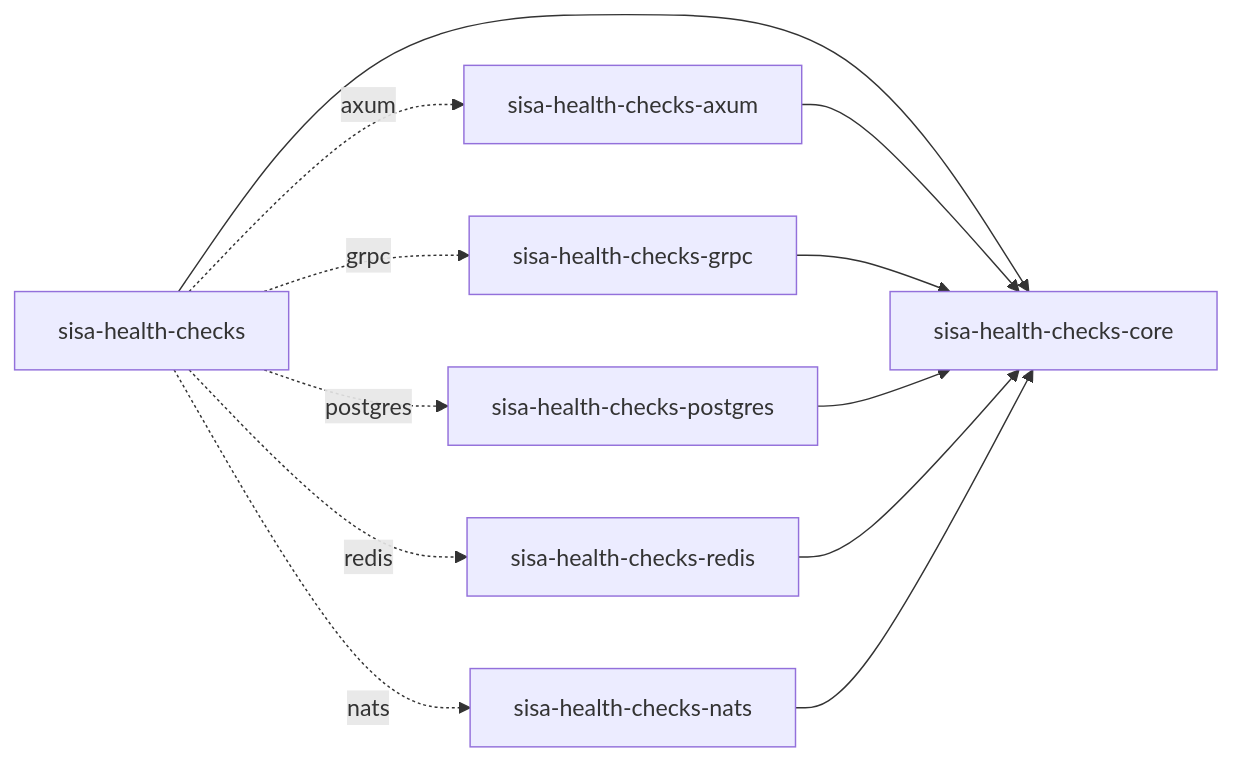
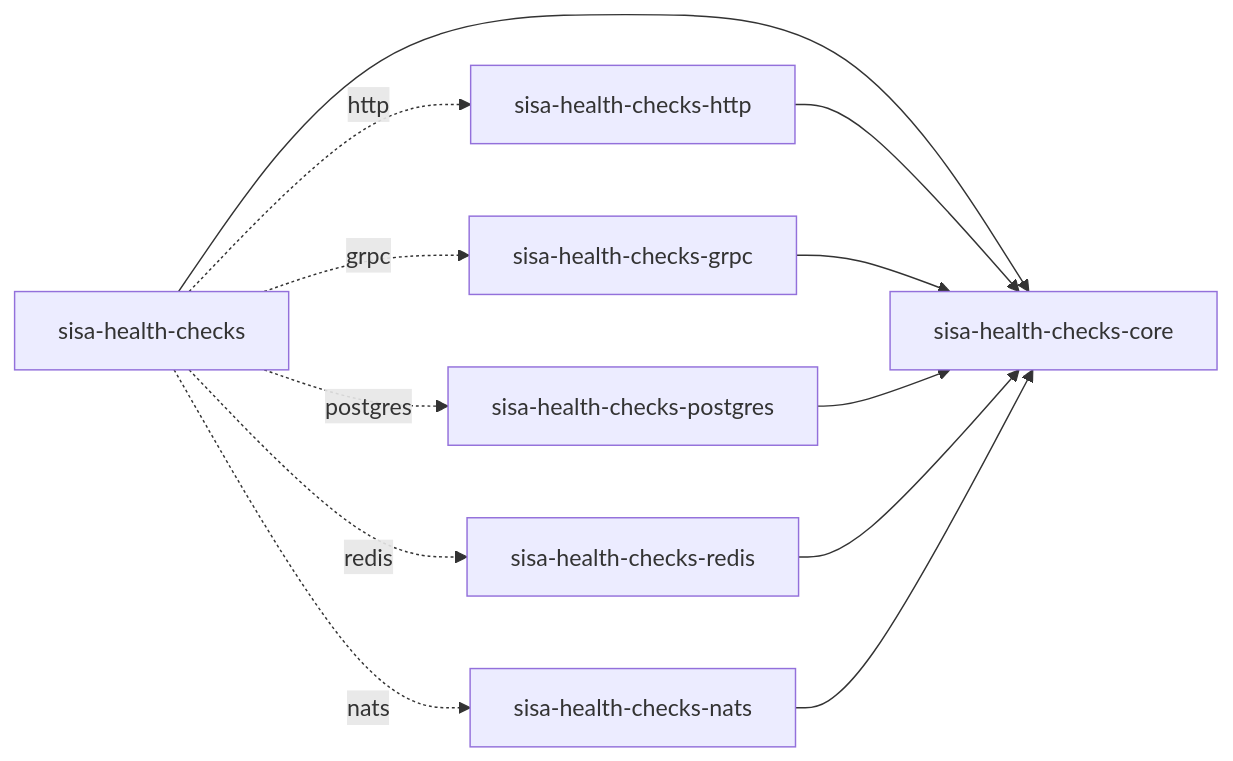
The first of 2 diagrams in docs/01-architecture.md (sisaio/sisa-health-checks-rs), drawn with Mermaid before and after one commit. The commit also changed other lines of this file and 16 other files, not shown here.

First line of the commit message:
feat(http)!: move the HTTP answers to their own crate, drop axum

````diff
--- a/docs/01-architecture.md
+++ b/docs/01-architecture.md
@@ -5,14 +5,14 @@
 ```mermaid
 flowchart LR
     facade[sisa-health-checks] --> core[sisa-health-checks-core]
-    facade -.axum.-> axum[sisa-health-checks-axum]
+    facade -.http.-> http[sisa-health-checks-http]
     facade -.grpc.-> grpc[sisa-health-checks-grpc]
     facade -.postgres.-> postgres[sisa-health-checks-postgres]
     facade -.redis.-> redis[sisa-health-checks-redis]
     facade -.nats.-> nats[sisa-health-checks-nats]
-    axum --> core
+    http --> core
     grpc --> core
     postgres --> core
     redis --> core
     nats --> core
 ```
````
